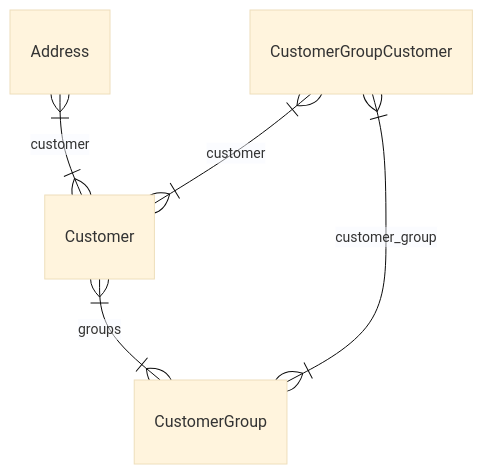
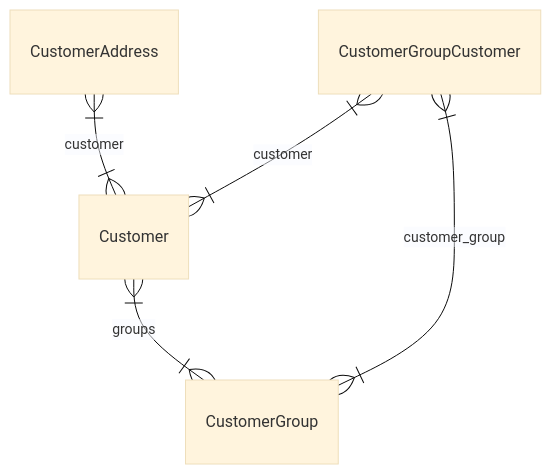
Before and after one commit to medusajs/medusa: the diagram in www/apps/resources/references/modules/customer_models/page.mdx, drawn with Mermaid (base theme). The commit also changed other lines of this file and 1150 other files, not shown here.

````diff
--- a/www/apps/resources/references/modules/customer_models/page.mdx
+++ b/www/apps/resources/references/modules/customer_models/page.mdx
@@ -14,8 +14,8 @@
 ```mermaid
 erDiagram
-	Address }|--|{ Customer : customer
+	CustomerAddress }|--|{ Customer : customer
 	Customer }|--|{ CustomerGroup : groups
 	CustomerGroupCustomer }|--|{ Customer : customer
 	CustomerGroupCustomer }|--|{ CustomerGroup : customer_group
 
 ```
````
